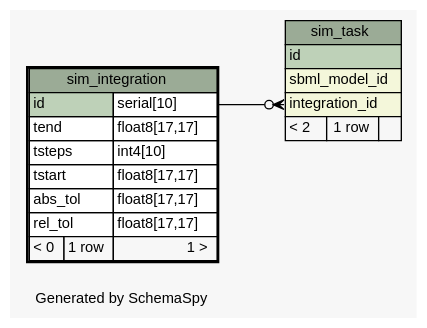
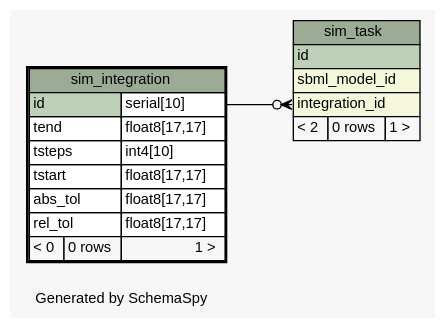
The diagram in database/diagrams/sim_integration.1degree.dot (jingyayeah/multiscale-galactose), drawn with Graphviz before and after one commit. The commit also changed 90 other files, not shown here.

```diff
--- a/database/diagrams/sim_integration.1degree.dot
+++ b/database/diagrams/sim_integration.1degree.dot
@@ -1,50 +1,50 @@
 // dot 2.20.2 on Linux 2.6.32-53-generic
 // SchemaSpy rev 590
 digraph "oneDegreeRelationshipsDiagram" {
   graph [
     rankdir="RL"
     bgcolor="#f7f7f7"
     label="\nGenerated by SchemaSpy"
     labeljust="l"
     nodesep="0.18"
     ranksep="0.46"
     fontname="Helvetica"
     fontsize="11"
   ];
   node [
     fontname="Helvetica"
     fontsize="11"
     shape="plaintext"
   ];
   edge [
     arrowsize="0.8"
   ];
   "sim_task":"integration_id":w -> "sim_integration":"id.type":e [arrowhead=none dir=back arrowtail=crowodot];
   "sim_integration" [
     label=<
     <TABLE BORDER="2" CELLBORDER="1" CELLSPACING="0" BGCOLOR="#ffffff">
       <TR><TD COLSPAN="3" BGCOLOR="#9bab96" ALIGN="CENTER">sim_integration</TD></TR>
       <TR><TD PORT="id" COLSPAN="2" BGCOLOR="#bed1b8" ALIGN="LEFT">id</TD><TD PORT="id.type" ALIGN="LEFT">serial[10]</TD></TR>
       <TR><TD PORT="tend" COLSPAN="2" ALIGN="LEFT">tend</TD><TD PORT="tend.type" ALIGN="LEFT">float8[17,17]</TD></TR>
       <TR><TD PORT="tsteps" COLSPAN="2" ALIGN="LEFT">tsteps</TD><TD PORT="tsteps.type" ALIGN="LEFT">int4[10]</TD></TR>
       <TR><TD PORT="tstart" COLSPAN="2" ALIGN="LEFT">tstart</TD><TD PORT="tstart.type" ALIGN="LEFT">float8[17,17]</TD></TR>
       <TR><TD PORT="abs_tol" COLSPAN="2" ALIGN="LEFT">abs_tol</TD><TD PORT="abs_tol.type" ALIGN="LEFT">float8[17,17]</TD></TR>
       <TR><TD PORT="rel_tol" COLSPAN="2" ALIGN="LEFT">rel_tol</TD><TD PORT="rel_tol.type" ALIGN="LEFT">float8[17,17]</TD></TR>
-      <TR><TD ALIGN="LEFT" BGCOLOR="#f7f7f7">&lt; 0</TD><TD ALIGN="RIGHT" BGCOLOR="#f7f7f7">1 row</TD><TD ALIGN="RIGHT" BGCOLOR="#f7f7f7">1 &gt;</TD></TR>
+      <TR><TD ALIGN="LEFT" BGCOLOR="#f7f7f7">&lt; 0</TD><TD ALIGN="RIGHT" BGCOLOR="#f7f7f7">0 rows</TD><TD ALIGN="RIGHT" BGCOLOR="#f7f7f7">1 &gt;</TD></TR>
     </TABLE>>
     URL="sim_integration.html"
     tooltip="sim_integration"
   ];
   "sim_task" [
     label=<
     <TABLE BORDER="0" CELLBORDER="1" CELLSPACING="0" BGCOLOR="#ffffff">
       <TR><TD COLSPAN="3" BGCOLOR="#9bab96" ALIGN="CENTER">sim_task</TD></TR>
       <TR><TD PORT="id" COLSPAN="3" BGCOLOR="#bed1b8" ALIGN="LEFT">id</TD></TR>
       <TR><TD PORT="sbml_model_id" COLSPAN="3" BGCOLOR="#f4f7da" ALIGN="LEFT">sbml_model_id</TD></TR>
       <TR><TD PORT="integration_id" COLSPAN="3" BGCOLOR="#f4f7da" ALIGN="LEFT">integration_id</TD></TR>
-      <TR><TD ALIGN="LEFT" BGCOLOR="#f7f7f7">&lt; 2</TD><TD ALIGN="RIGHT" BGCOLOR="#f7f7f7">1 row</TD><TD ALIGN="RIGHT" BGCOLOR="#f7f7f7">  </TD></TR>
+      <TR><TD ALIGN="LEFT" BGCOLOR="#f7f7f7">&lt; 2</TD><TD ALIGN="RIGHT" BGCOLOR="#f7f7f7">0 rows</TD><TD ALIGN="RIGHT" BGCOLOR="#f7f7f7">1 &gt;</TD></TR>
     </TABLE>>
     URL="sim_task.html"
     tooltip="sim_task"
   ];
 }
```
